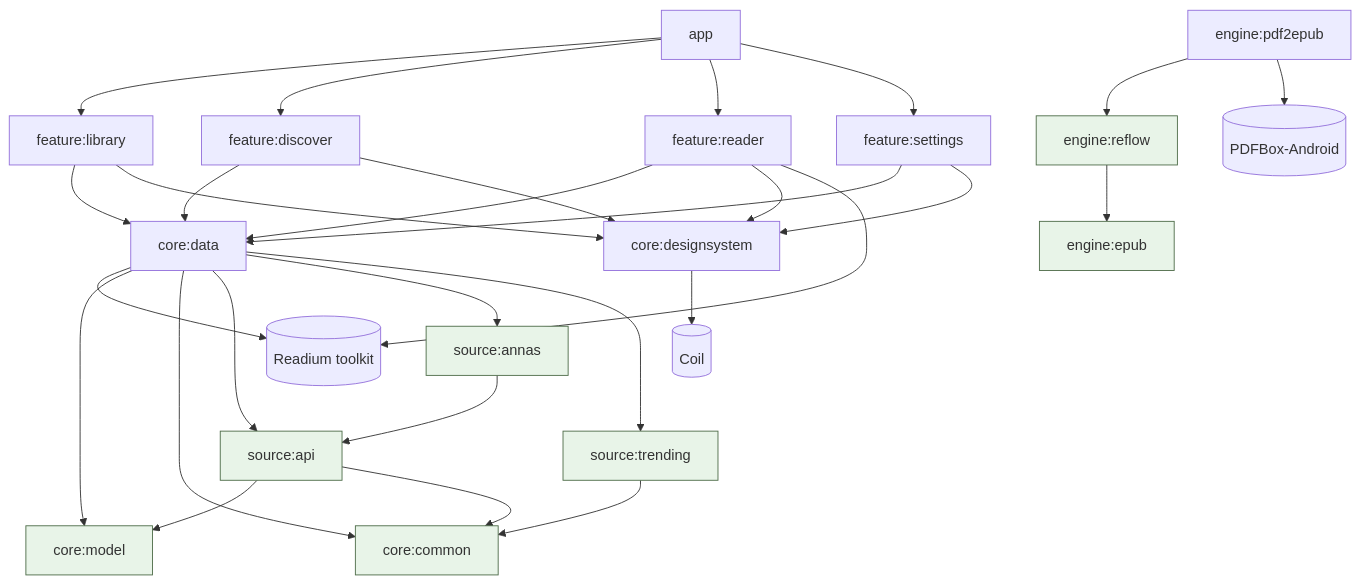
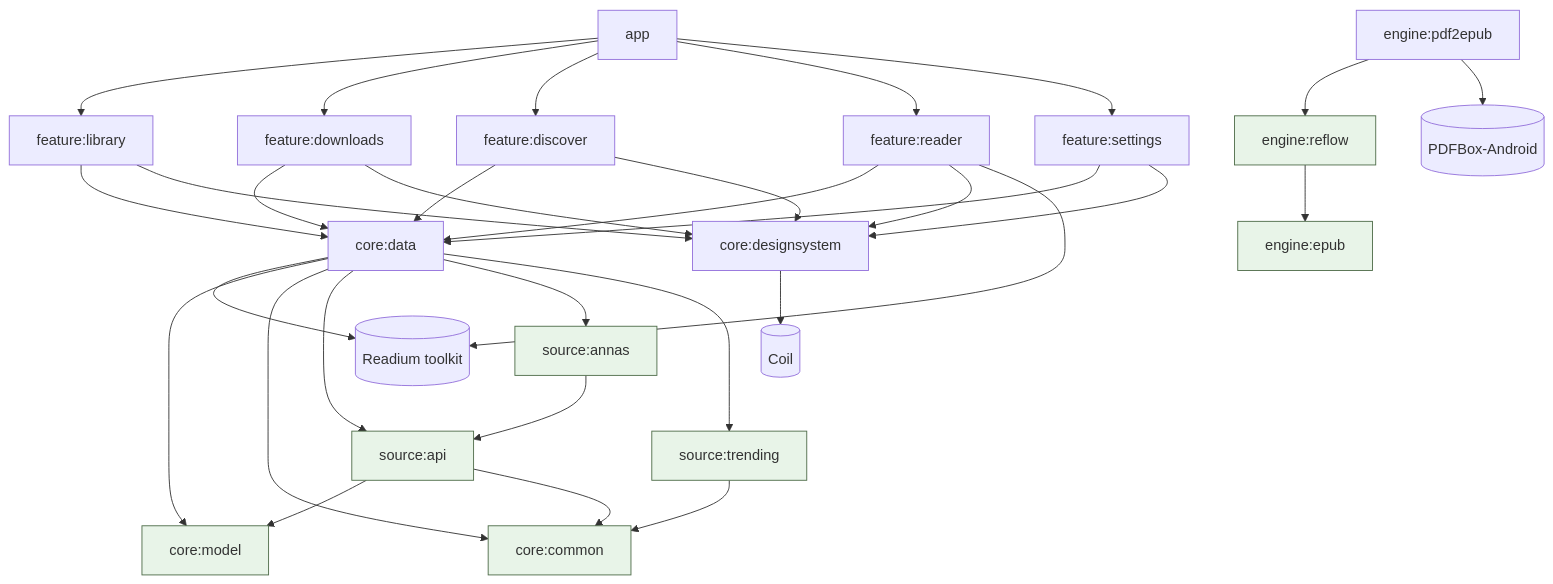
One commit to TBLgGamin/readana changed the diagram in docs/ARCHITECTURE.md. Above: the diagram before and after it, drawn with Mermaid. The commit also changed other lines of this file and 138 other files, not shown here.

````diff
--- a/docs/ARCHITECTURE.md
+++ b/docs/ARCHITECTURE.md
@@ -9,37 +9,40 @@
 ```mermaid
 graph TD
     app --> feature_library[feature:library]
+    app --> feature_downloads[feature:downloads]
     app --> feature_discover[feature:discover]
     app --> feature_reader[feature:reader]
     app --> feature_settings[feature:settings]
 
     feature_library --> core_data[core:data]
+    feature_downloads --> core_data
     feature_discover --> core_data
     feature_reader --> core_data
     feature_settings --> core_data
     feature_library --> core_designsystem[core:designsystem]
+    feature_downloads --> core_designsystem
     feature_discover --> core_designsystem
     feature_reader --> core_designsystem
     feature_settings --> core_designsystem
     feature_reader --> readium[(Readium toolkit)]
     core_designsystem --> coil[(Coil)]
 
     core_data --> readium
     core_data --> core_model[core:model]
     core_data --> core_common[core:common]
     core_data --> source_api[source:api]
     core_data --> source_annas[source:annas]
     core_data --> source_trending[source:trending]
 
     source_annas --> source_api
     source_trending --> core_common
     source_api --> core_model
     source_api --> core_common
 
     engine_pdf2epub[engine:pdf2epub] --> engine_reflow[engine:reflow]
     engine_pdf2epub --> pdfbox[(PDFBox-Android)]
     engine_reflow --> engine_epub[engine:epub]
 
     classDef jvm fill:#e8f4e8,stroke:#4f6d4a;
     class core_model,core_common,source_api,source_annas,source_trending,engine_reflow,engine_epub jvm;
 ```
````
